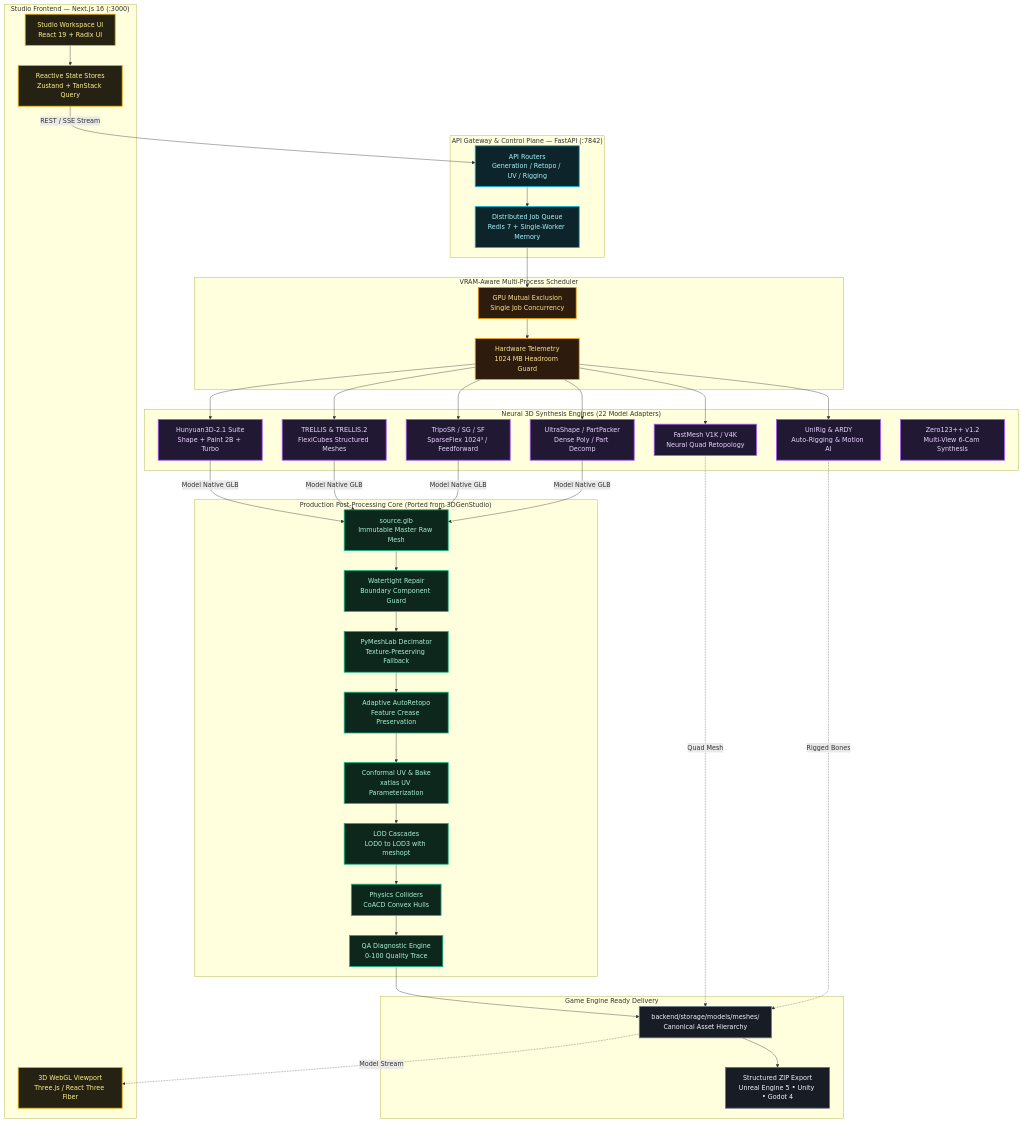
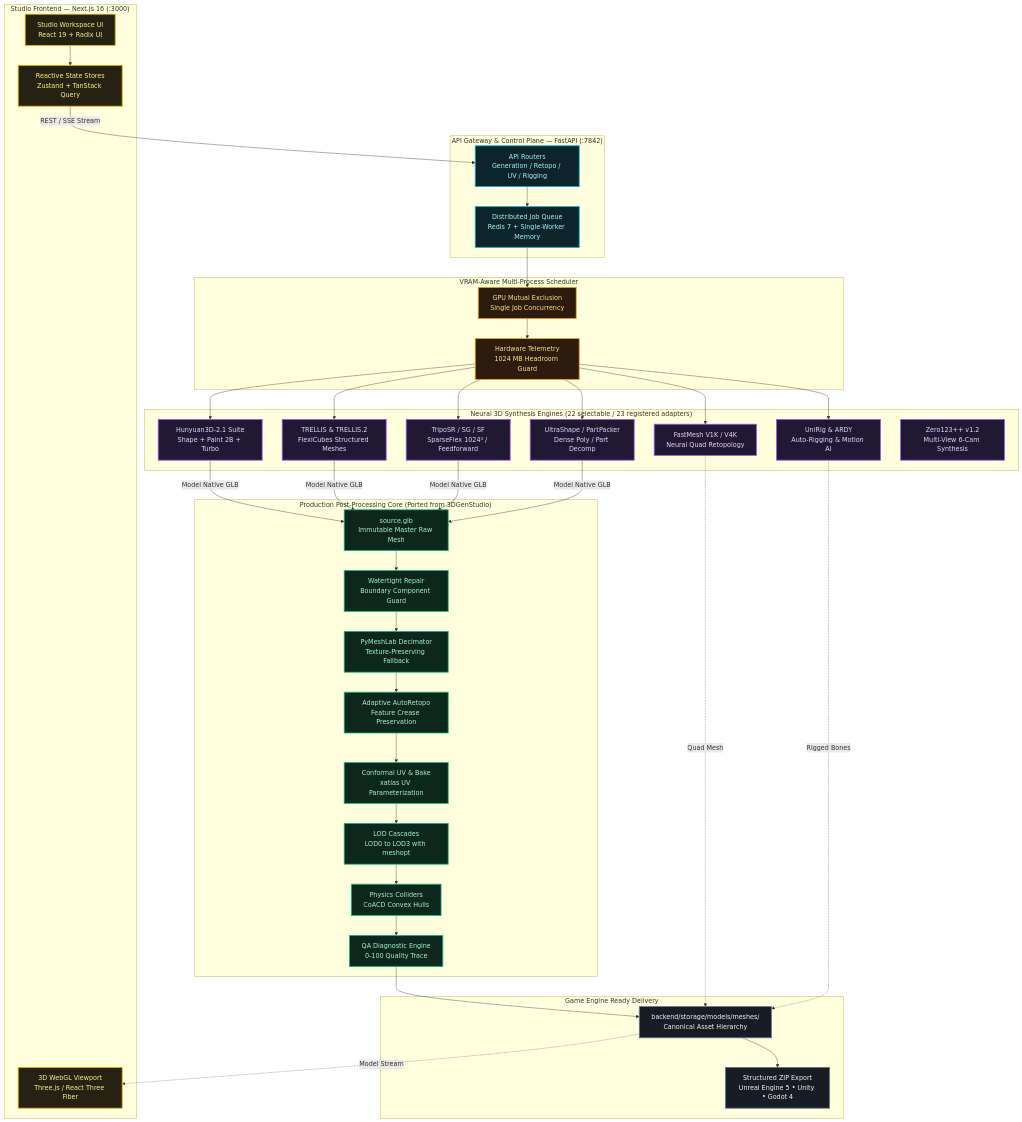
The diagram in README.md (Silentzx2/ForMash3D), drawn with Mermaid before and after one commit. The commit also changed other lines of this file and 10 other files, not shown here.

```diff
--- a/README.md
+++ b/README.md
@@ -138,7 +138,7 @@
         MONITOR["Hardware Telemetry<br/>1024 MB Headroom Guard"]:::amber
     end
 
-    subgraph Engines["Neural 3D Synthesis Engines (22 Model Adapters)"]
+    subgraph Engines["Neural 3D Synthesis Engines (22 selectable / 23 registered adapters)"]
         HUNYUAN["Hunyuan3D-2.1 Suite<br/>Shape + Paint 2B + Turbo"]:::purple
         TRELLIS["TRELLIS & TRELLIS.2<br/>FlexiCubes Structured Meshes"]:::purple
         TRIPO["TripoSR / SG / SF<br/>SparseFlex 1024³ / Feedforward"]:::purple
```
